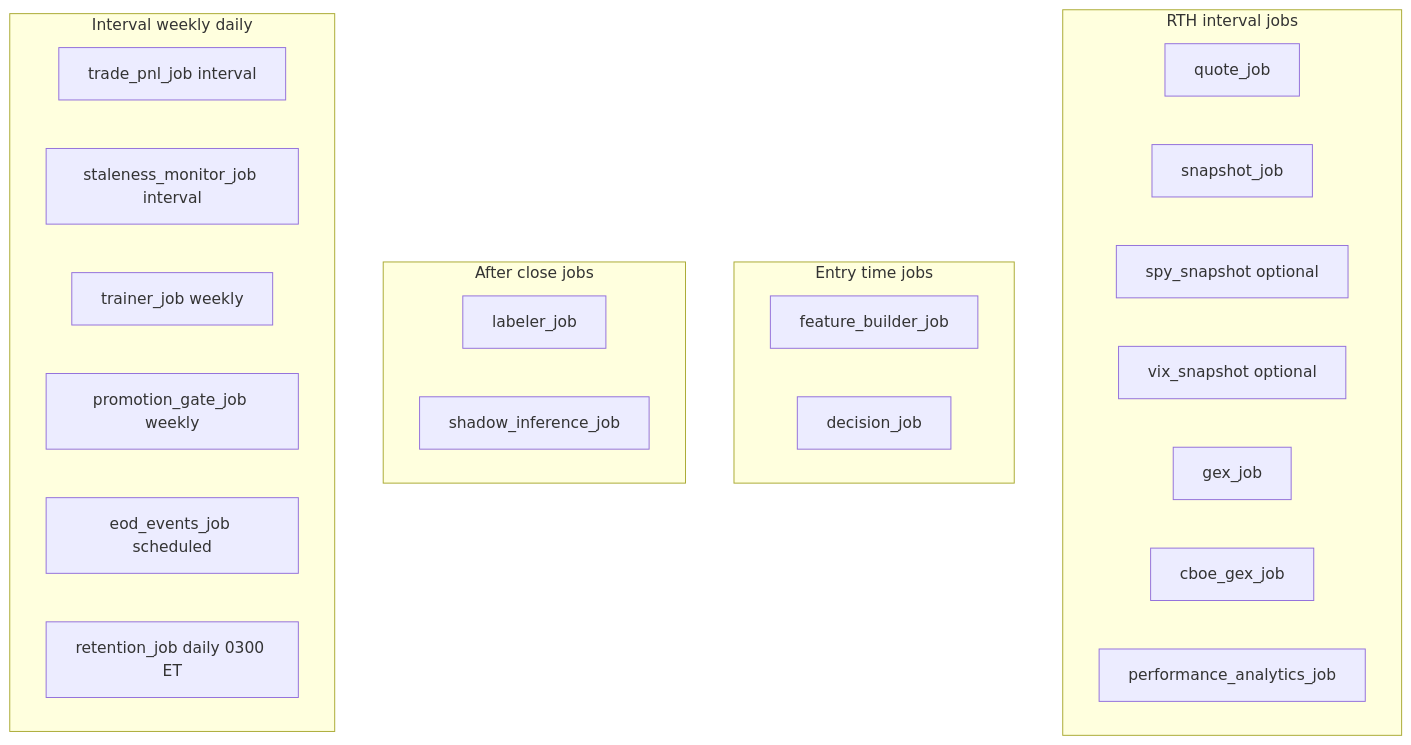
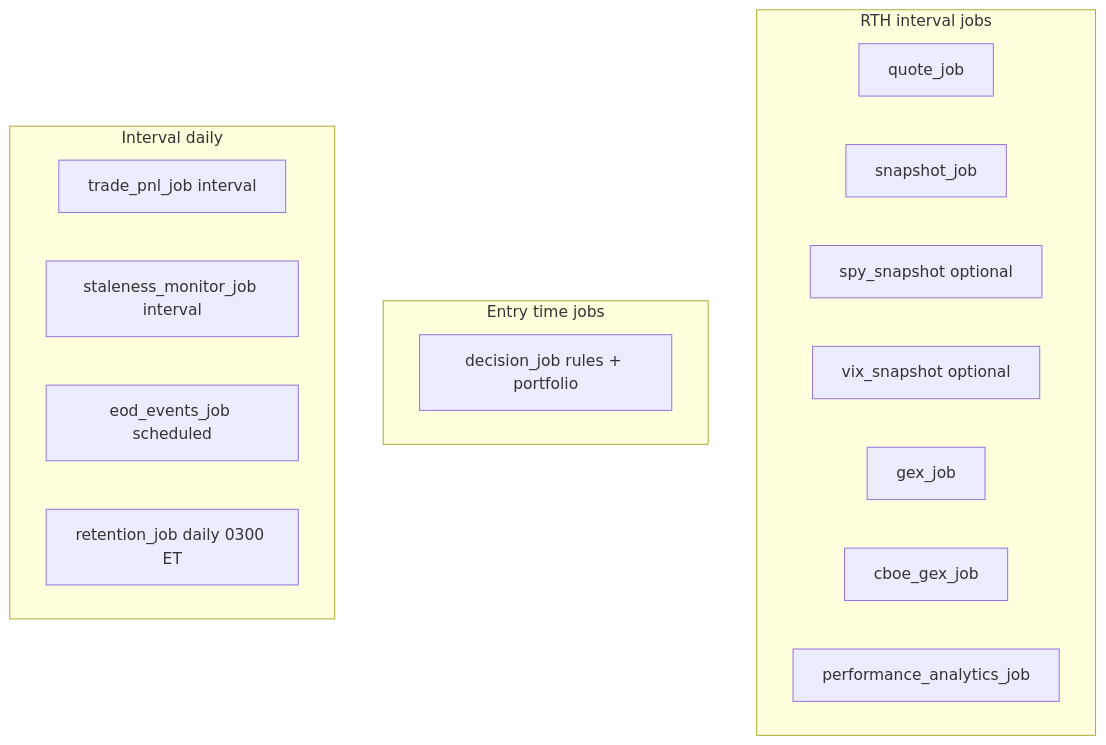
The third of 4 diagrams in README.md (Incarnation/Index_spread_lab), drawn with Mermaid before and after one commit. The commit also changed other lines of this file and 56 other files, not shown here.

````diff
--- a/README.md
+++ b/README.md
@@ -121,28 +104,21 @@
 ```mermaid
 flowchart TB
   subgraph rth [RTH interval jobs]
     r_quote[quote_job]
     r_snap[snapshot_job]
     r_spy[spy_snapshot optional]
     r_vix[vix_snapshot optional]
     r_gex[gex_job]
     r_cboe[cboe_gex_job]
     r_perf[performance_analytics_job]
   end
   subgraph entry [Entry time jobs]
-    e_feat[feature_builder_job]
-    e_dec[decision_job]
+    e_dec["decision_job rules + portfolio"]
   end
-  subgraph afterClose [After close jobs]
-    a_lbl[labeler_job]
-    a_shd[shadow_inference_job]
-  end
-  subgraph cadence [Interval weekly daily]
+  subgraph cadence [Interval daily]
     c_pnl[trade_pnl_job interval]
     c_stale[staleness_monitor_job interval]
-    c_train[trainer_job weekly]
-    c_promo[promotion_gate_job weekly]
     c_eod[eod_events_job scheduled]
     c_ret[retention_job daily 0300 ET]
   end
 ```
````
